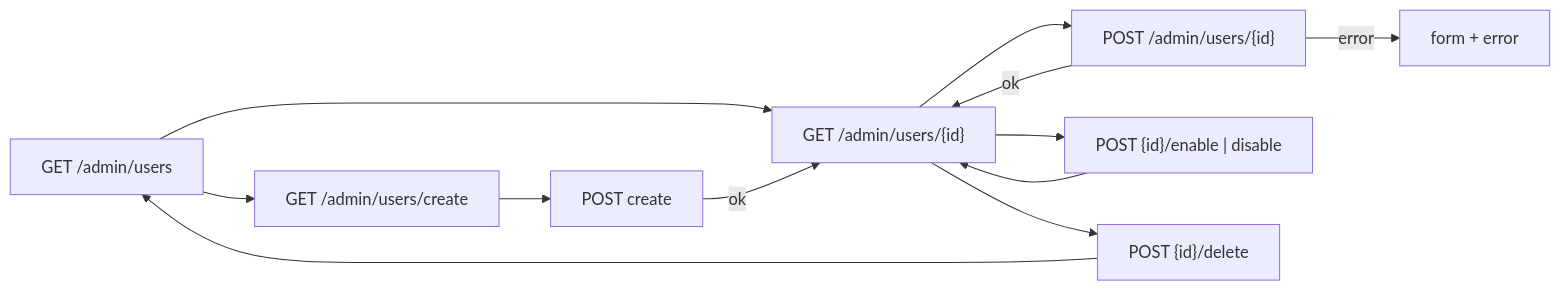
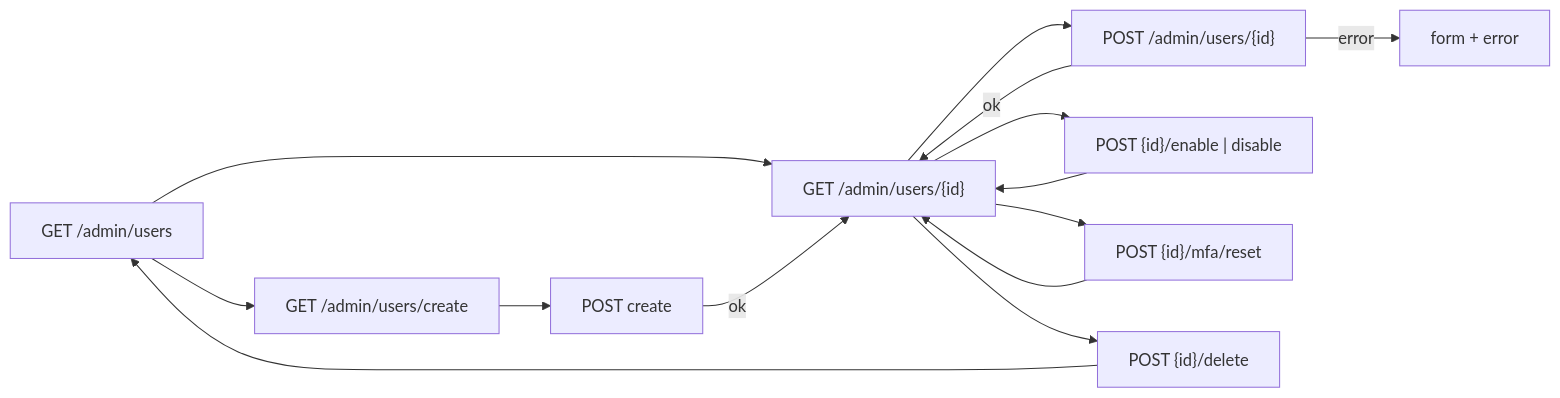
The diagram in .docs/pages/users.md (Albadit/DotNetForge), drawn with Mermaid before and after one commit. The commit also changed other lines of this file and 143 other files, not shown here.

````diff
--- a/.docs/pages/users.md
+++ b/.docs/pages/users.md
@@ -142,9 +146,10 @@
 ```mermaid
 flowchart LR
     L["GET /admin/users"] --> E["GET /admin/users/{id}"]
     L --> C["GET /admin/users/create"] --> P1["POST create"] -->|ok| E
     E --> S["POST /admin/users/{id}"] -->|ok| E
     S -->|error| E2["form + error"]
     E --> T["POST {id}/enable | disable"] --> E
+    E --> M["POST {id}/mfa/reset"] --> E
     E --> X["POST {id}/delete"] --> L
 ```
````
